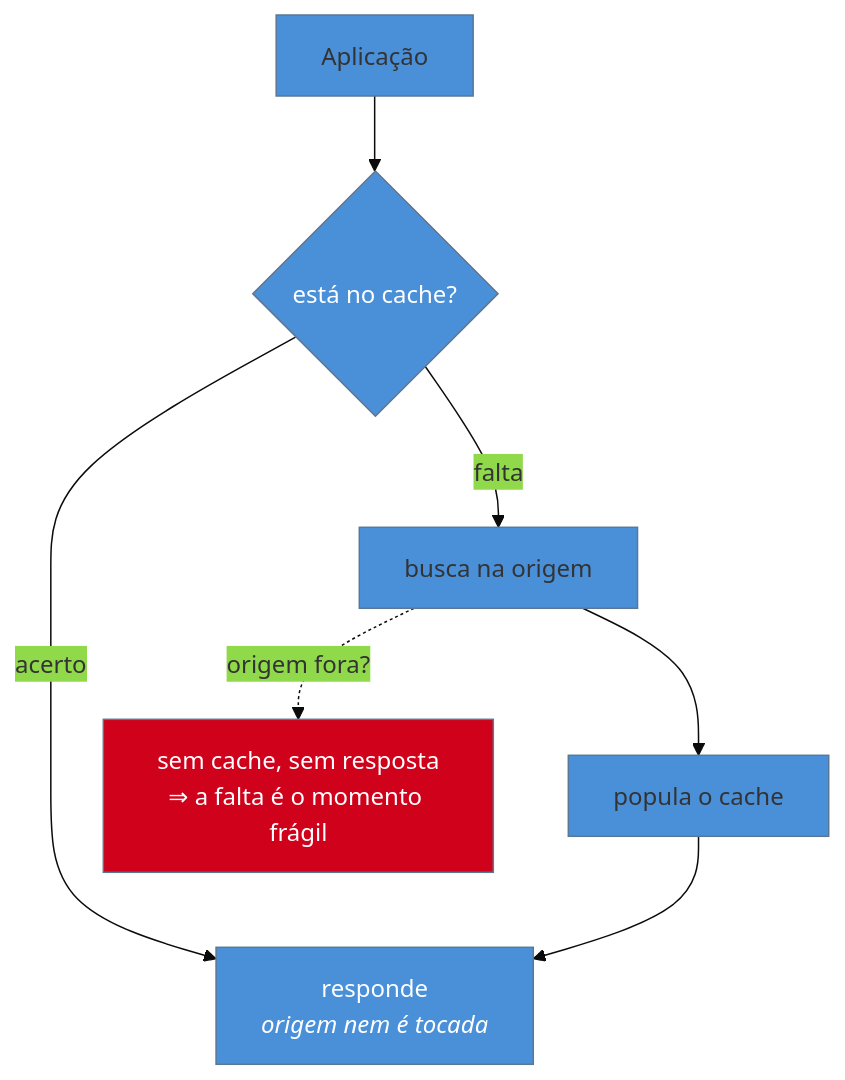
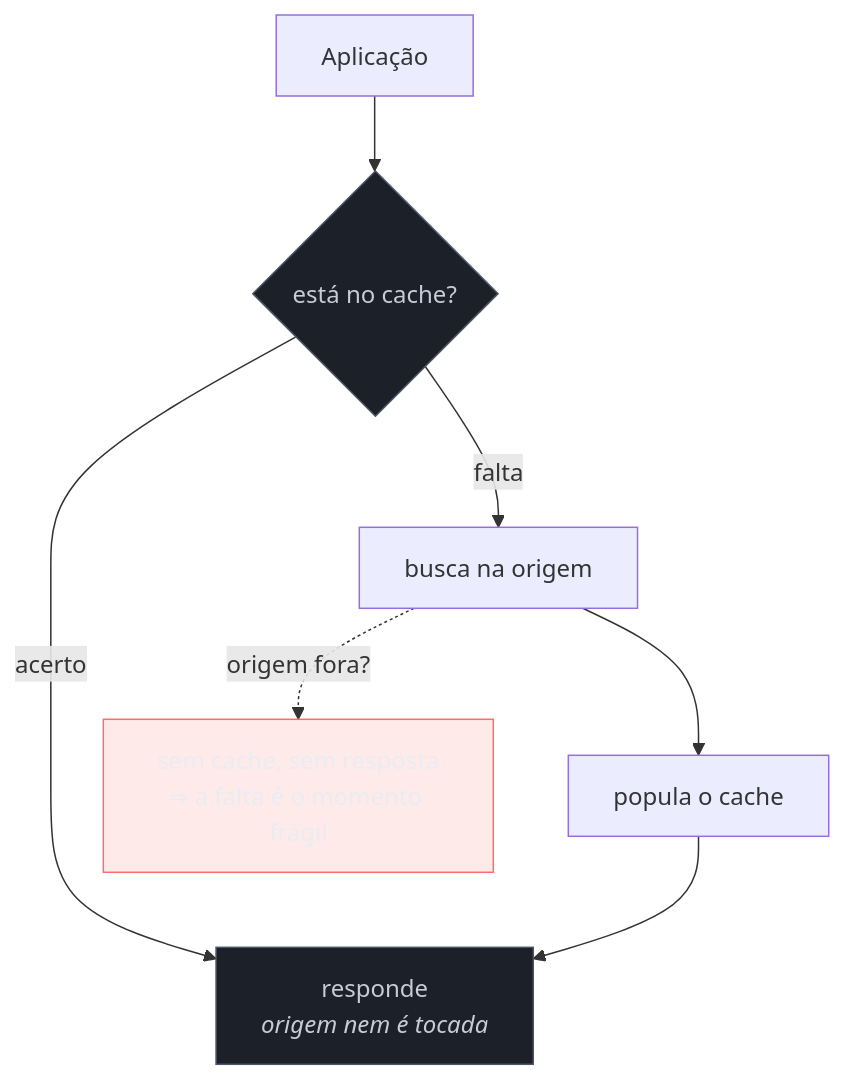
One commit to josenaldo/codex-technomanticus changed the diagram in 03-Dominios/Engenharia/Design de Software/Padrões de Projeto/Nuvem e Resiliência/08 - Cache-Aside.md. Above: the diagram before and after it, drawn with Mermaid. The commit also changed 1181 other files, not shown here.

First line of the commit message:
fix(diagramas): paleta do sistema no lugar de cor cravada no markdown

````diff
--- a/03-Dominios/Engenharia/Design de Software/Padrões de Projeto/Nuvem e Resiliência/08 - Cache-Aside.md
+++ b/03-Dominios/Engenharia/Design de Software/Padrões de Projeto/Nuvem e Resiliência/08 - Cache-Aside.md
@@ -42,14 +42,15 @@
 ```mermaid
-%%{init: {"theme": "base", "themeVariables": {"primaryColor": "#4A90D9"}}}%%
 graph TD
+    classDef neutro fill:#1B2029,stroke:#4E5666,color:#C6CCD8
+    classDef falha fill:#FF6B6B24,stroke:#FF6B6B,color:#E9ECF2
     A["Aplicação"] --> C{"está no cache?"}
     C -->|"acerto"| R["responde<br/><i>origem nem é tocada</i>"]
     C -->|"falta"| O["busca na origem"]
     O --> P["popula o cache"]
     P --> R
     O -.->|"origem fora?"| F["sem cache, sem resposta<br/>⇒ a falta é o momento frágil"]
 
-    style R fill:#4A90D9,color:#fff
-    style F fill:#D0021B,color:#fff
-    style C fill:#4A90D9,color:#fff
+    class R neutro
+    class F falha
+    class C neutro
 ```
````
